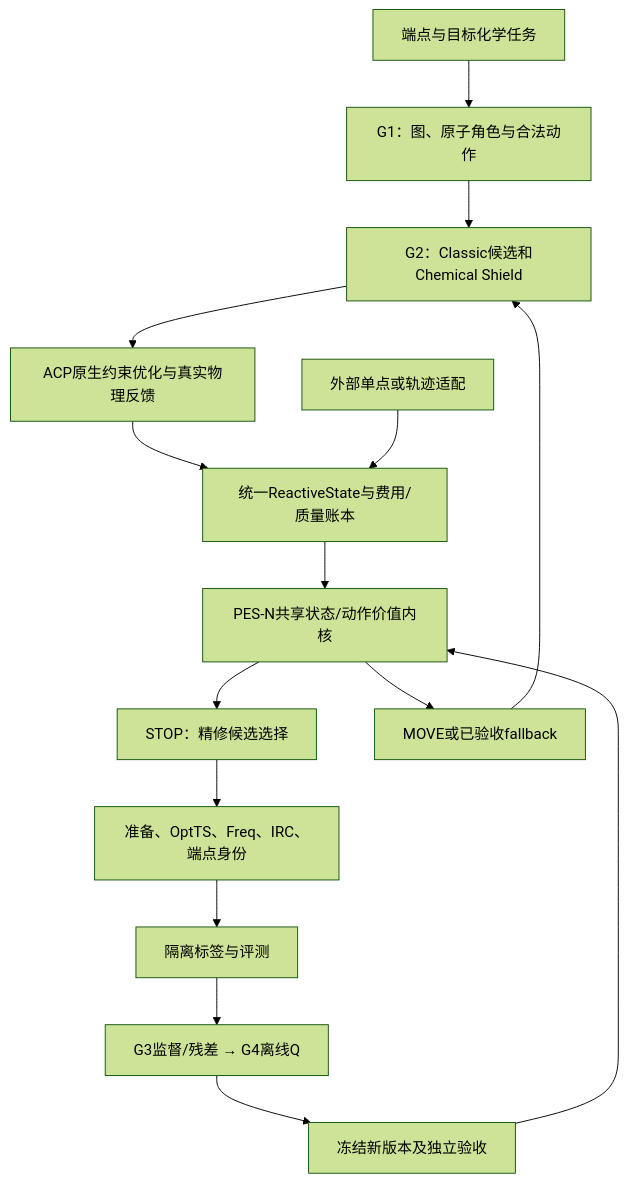
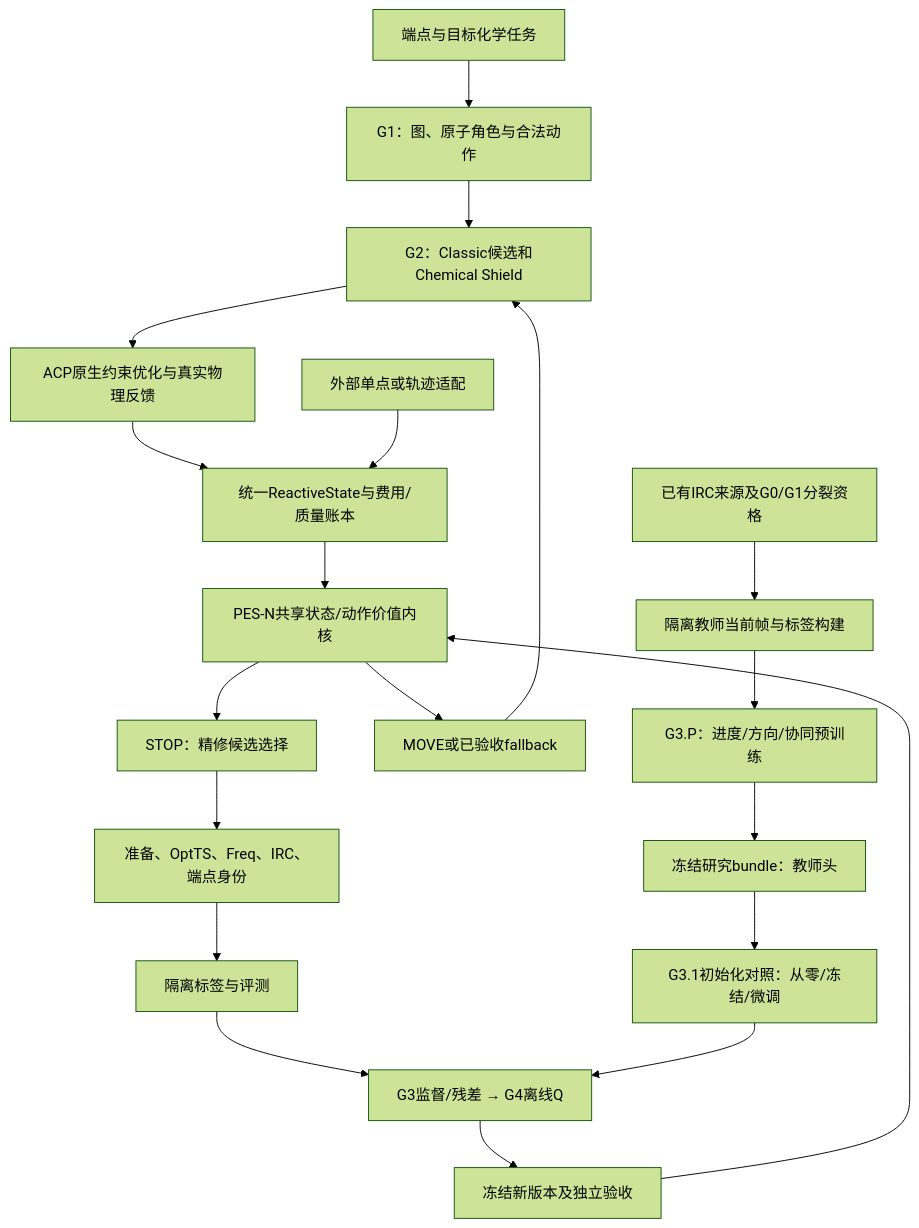
One commit to PengYangchao0808/PES2TS changed the diagram in docs/plans/PES2TS_完整开发流方案_整合版_v1.md. Above: the diagram before and after it, drawn with Mermaid (forest theme). The commit also changed other lines of this file and 133 other files, not shown here.

```diff
--- a/docs/plans/PES2TS_完整开发流方案_整合版_v1.md
+++ b/docs/plans/PES2TS_完整开发流方案_整合版_v1.md
@@ -18,17 +26,22 @@
 ~~~mermaid
 flowchart TD
   I[端点与目标化学任务] --> G1[G1：图、原子角色与合法动作]
   G1 --> C[G2：Classic候选和Chemical Shield]
   C --> QC[ACP原生约束优化与真实物理反馈]
   QC --> S[统一ReactiveState与费用/质量账本]
   E[外部单点或轨迹适配] --> S
   S --> N[PES-N共享状态/动作价值内核]
   N --> STOP[STOP：精修候选选择]
   N --> MOVE[MOVE或已验收fallback]
   MOVE --> C
   STOP --> V[准备、OptTS、Freq、IRC、端点身份]
   V --> D[隔离标签与评测]
   D --> OFF[G3监督/残差 → G4离线Q]
+  T[已有IRC来源及G0/G1分裂资格] --> TP[隔离教师当前帧与标签构建]
+  TP --> PRE[G3.P：进度/方向/协同预训练]
+  PRE --> RF[冻结研究bundle：教师头]
+  RF --> INIT[G3.1初始化对照：从零/冻结/微调]
+  INIT --> OFF
   OFF --> F[冻结新版本及独立验收]
   F --> N
 ~~~
```
